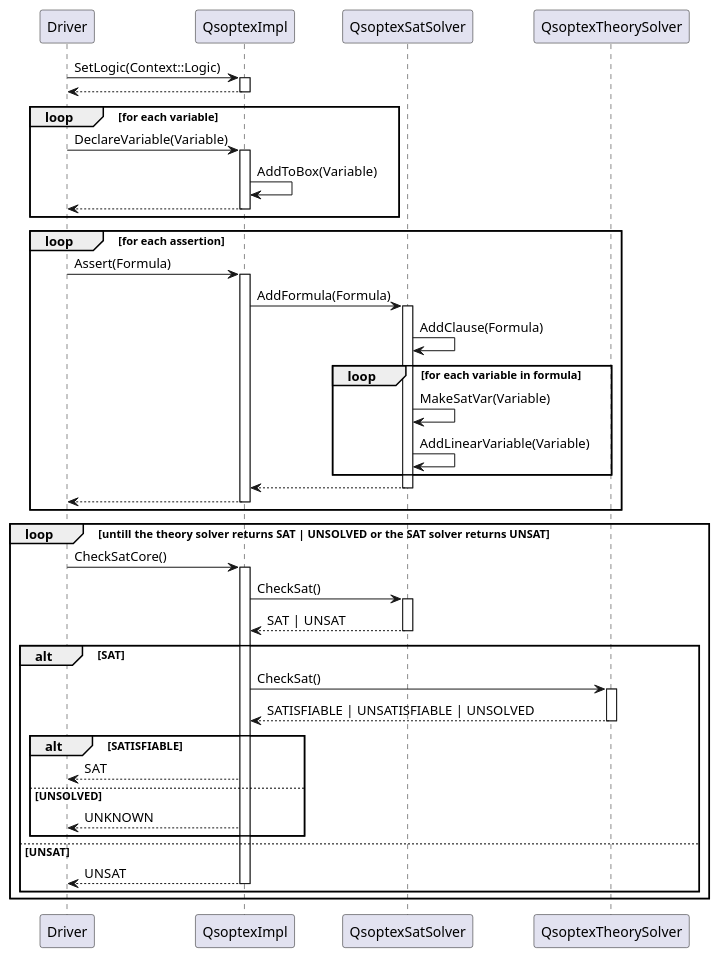
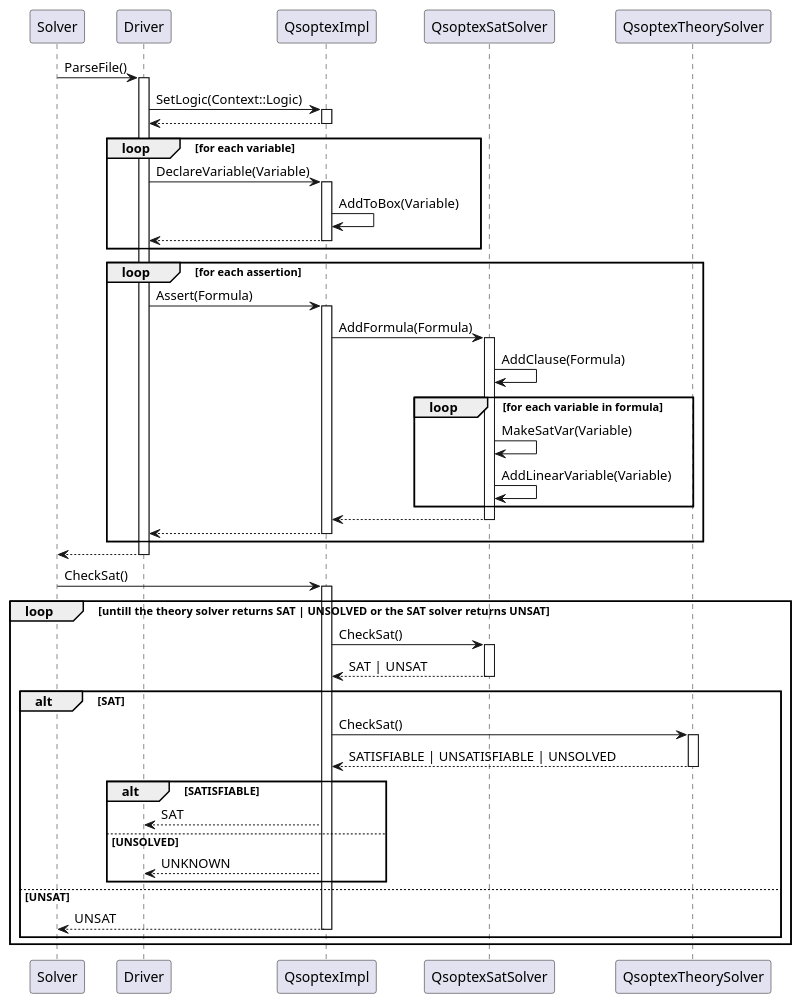
Before and after one commit to TendTo/dlinear: the diagram in docs/thesis/diagrams/sequence/qsoptex.puml, drawn with PlantUML. The commit also changed 5 other files, not shown here.

```diff
--- a/docs/thesis/diagrams/sequence/qsoptex.puml
+++ b/docs/thesis/diagrams/sequence/qsoptex.puml
@@ -1,47 +1,54 @@
 @startuml qsoptex
 
+skinparam Shadowing false
+
+participant Solver
 participant Driver
 participant QsoptexImpl
 participant QsoptexSatSolver
 participant QsoptexTheorySolver
+
+Solver -> Driver ++: ParseFile()
 
 Driver -> QsoptexImpl ++: SetLogic(Context::Logic)
 return
 
 loop for each variable
     Driver -> QsoptexImpl ++: DeclareVariable(Variable)
     QsoptexImpl -> QsoptexImpl : AddToBox(Variable)
     return
 end
 
 loop for each assertion
     Driver -> QsoptexImpl ++: Assert(Formula)
     QsoptexImpl -> QsoptexSatSolver ++: AddFormula(Formula)
     QsoptexSatSolver -> QsoptexSatSolver : AddClause(Formula)
     loop for each variable in formula
         QsoptexSatSolver -> QsoptexSatSolver : MakeSatVar(Variable)
         QsoptexSatSolver -> QsoptexSatSolver : AddLinearVariable(Variable)
     end
     return
     return
 end
 
+return
+
+Solver -> QsoptexImpl ++: CheckSat()
 loop untill the theory solver returns SAT | UNSOLVED or the SAT solver returns UNSAT
-    Driver -> QsoptexImpl ++: CheckSatCore()
     QsoptexImpl -> QsoptexSatSolver ++: CheckSat()
     return SAT | UNSAT
 
     alt SAT
         QsoptexImpl -> QsoptexTheorySolver ++: CheckSat()
         return SATISFIABLE | UNSATISFIABLE | UNSOLVED
         alt SATISFIABLE
             QsoptexImpl --> Driver : SAT
         else UNSOLVED
             QsoptexImpl --> Driver : UNKNOWN
         end
     else UNSAT
         return UNSAT
     end
 end
 
 @enduml
```
